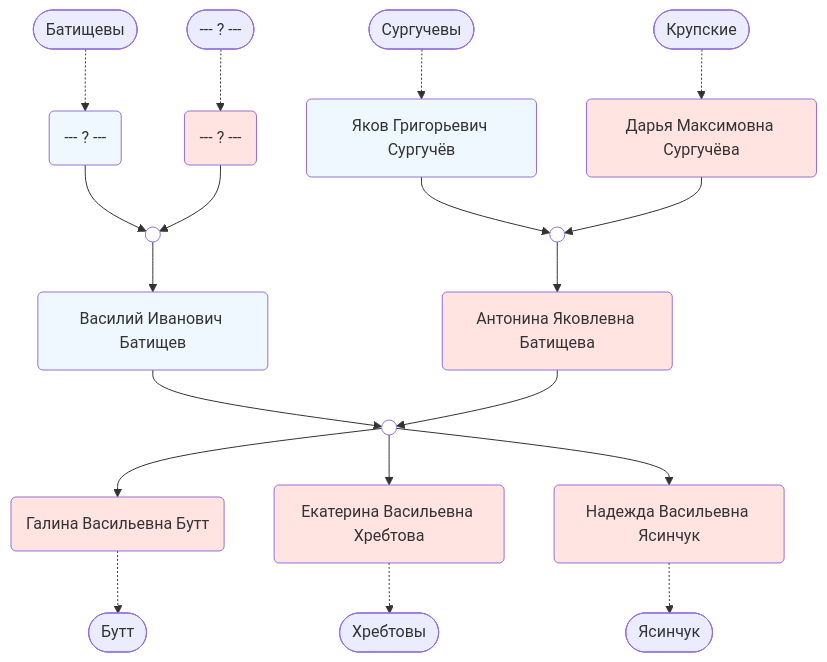
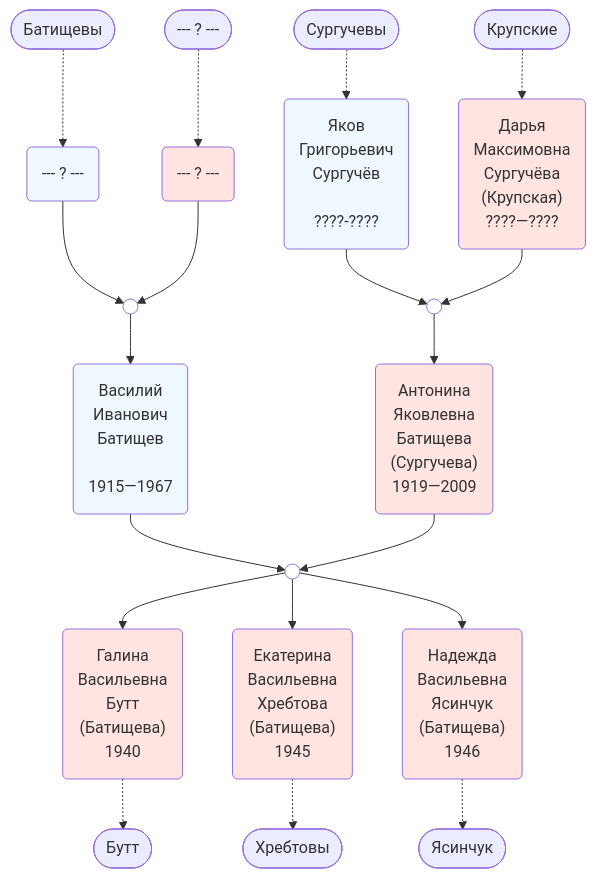
One commit to EryxSpp/VM changed the diagram in Батищевы/index.qmd. Above: the diagram before and after it, drawn with Mermaid. The commit also changed other lines of this file and 12 other files, not shown here.

````diff
--- a/Батищевы/index.qmd
+++ b/Батищевы/index.qmd
@@ -12,25 +13,54 @@
 ```{mermaid}
 flowchart TB
     classDef F fill:MistyRose
     classDef M fill:AliceBlue
     classDef X fill:White
     PPA(["Батищевы"]) -.->PA("--- ? ---"):::M -->X1(( )):::X
     PMA(["--- ? ---"])-.->MA("--- ? ---"):::F -->X1
-    PPB(["Сургучевы"]) -.->PB("Яков Григорьевич Сургучёв"):::M -->X2(( )):::X
-    PMB(["Крупские"]) -.->MB("Дарья Максимовна Сургучёва"):::F -->X2
-    X1-->A("Василий Иванович Батищев"):::M --> X3(( )):::X
-    X2-->B("Антонина Яковлевна Батищева"):::F -->X3
-    X3-->C1("Галина Васильевна Бутт"):::F
-    X3-->C2("Екатерина Васильевна Хребтова"):::F
-    X3-->C3("Надежда Васильевна Ясинчук"):::F
+    PPB(["Сургучевы"]) -.->PB("Яков
+                               Григорьевич
+                               Сургучёв
+                                
+                               ????-????"):::M -->X2(( )):::X
+    PMB(["Крупские"]) -.->MB("Дарья
+                              Максимовна
+                              Сургучёва
+                              (Крупская)
+                              ????—????"):::F -->X2
+    X1-->A("Василий
+            Иванович
+            Батищев
+             
+            1915—1967"):::M --> X3(( )):::X
+    X2-->B("Антонина
+            Яковлевна
+            Батищева
+            (Сургучева)
+            1919—2009"):::F -->X3
+    X3-->C1("Галина
+             Васильевна
+             Бутт
+             (Батищева)
+             1940"):::F
+    X3-->C2("Екатерина
+             Васильевна
+             Хребтова
+             (Батищева)
+             1945"):::F
+    X3-->C3("Надежда
+             Васильевна
+             Ясинчук
+             (Батищева)
+             1946"):::F
     C1-.->TC1(["Бутт"])
     C2-.->TC2(["Хребтовы"])
     C3-.->TC3(["Ясинчук"])
 
 
     click A "/VM/Батищевы/Василий_Иванович/index.html"
     click B "/VM/Батищевы/Антонина_Яковлевна/index.html"
     click C1 "/VM/Батищевы/Галина_Васильевна/index.html"
     click C2 "/VM/Батищевы/Екатерина_Васильевна/index.html"
     click C3 "/VM/Батищевы/Надежда_Васильевна/index.html"
+    click TC2 "VM/Хребтовы/index.html"
 ```     
````
